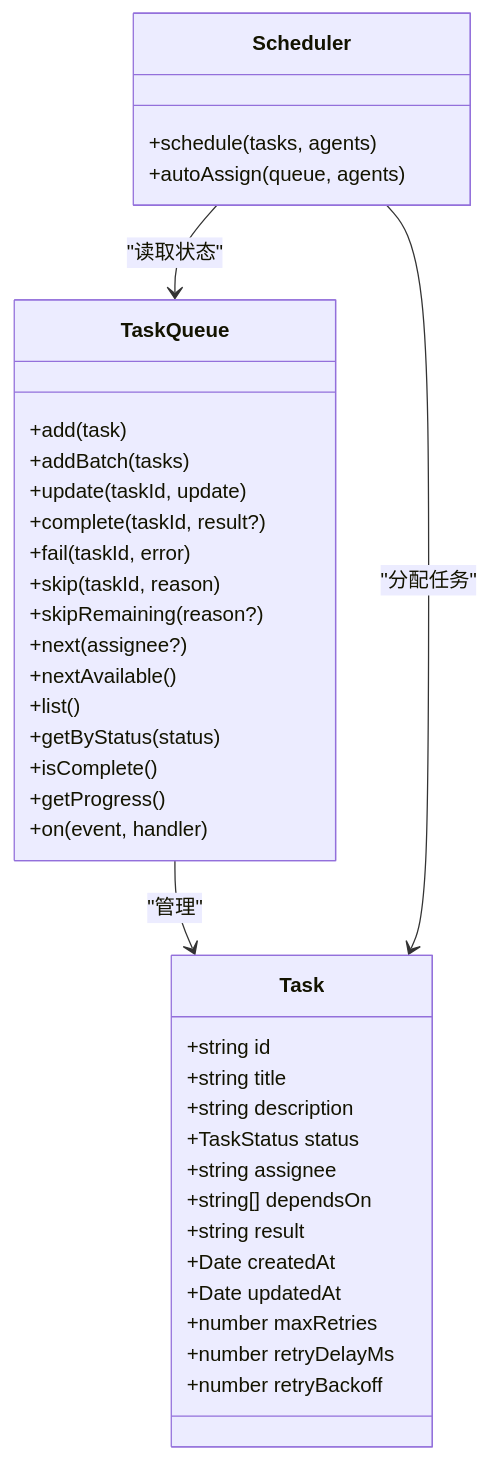
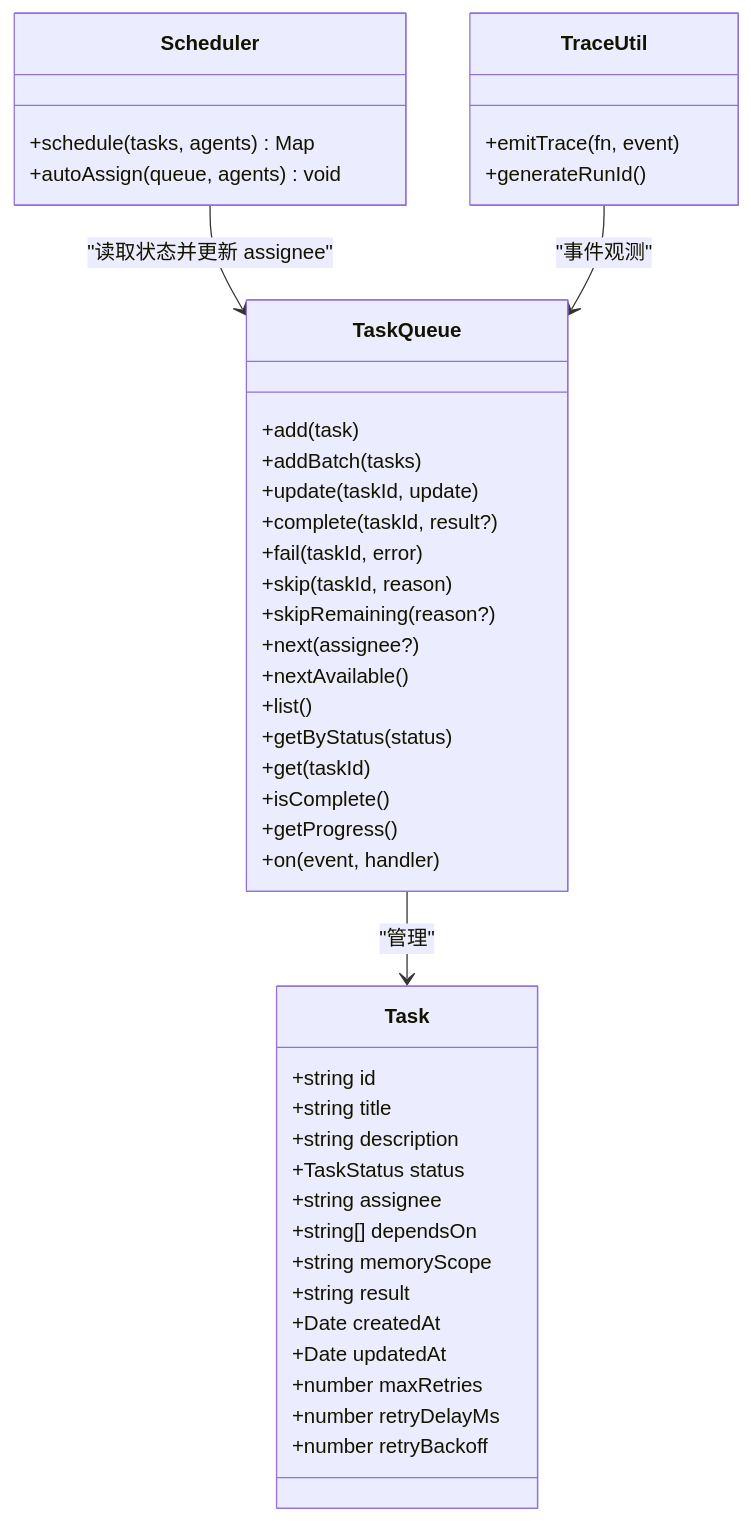
Before and after one commit to haolange/open-multi-agent: the second of 9 diagrams in .qoder/repowiki/zh/content/API 参考/任务 API.md, drawn with Mermaid. The commit also changed other lines of this file and 100 other files, not shown here.

````diff
--- a/.qoder/repowiki/zh/content/API 参考/任务 API.md
+++ b/.qoder/repowiki/zh/content/API 参考/任务 API.md
@@ -105,40 +127,46 @@
 ```mermaid
 classDiagram
 class Task {
 +string id
 +string title
 +string description
 +TaskStatus status
 +string assignee
 +string[] dependsOn
++string memoryScope
 +string result
 +Date createdAt
 +Date updatedAt
 +number maxRetries
 +number retryDelayMs
 +number retryBackoff
 }
 class TaskQueue {
 +add(task)
 +addBatch(tasks)
 +update(taskId, update)
 +complete(taskId, result?)
 +fail(taskId, error)
 +skip(taskId, reason)
 +skipRemaining(reason?)
 +next(assignee?)
 +nextAvailable()
 +list()
 +getByStatus(status)
++get(taskId)
 +isComplete()
 +getProgress()
 +on(event, handler)
 }
 class Scheduler {
-+schedule(tasks, agents)
-+autoAssign(queue, agents)
++schedule(tasks, agents) Map
++autoAssign(queue, agents) void
+}
+class TraceUtil {
++emitTrace(fn, event)
++generateRunId()
 }
 TaskQueue --> Task : "管理"
-Scheduler --> TaskQueue : "读取状态"
-Scheduler --> Task : "分配任务"
+Scheduler --> TaskQueue : "读取状态并更新 assignee"
+TraceUtil --> TaskQueue : "事件观测"
 ```
````
